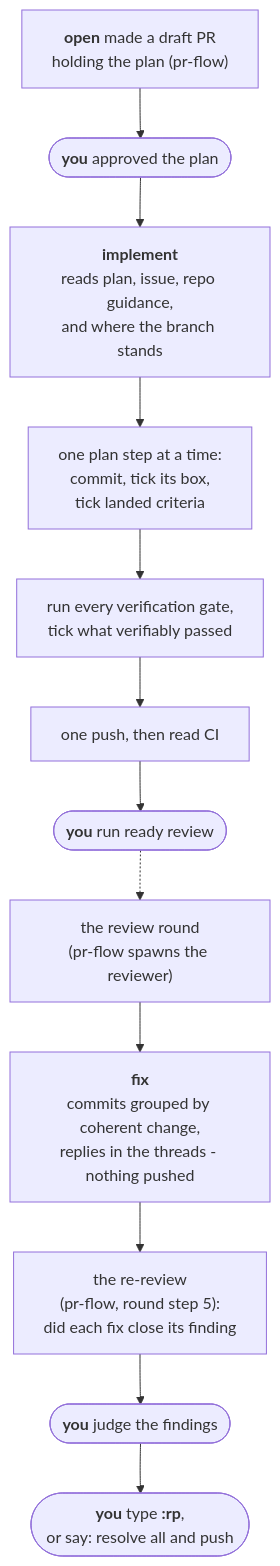
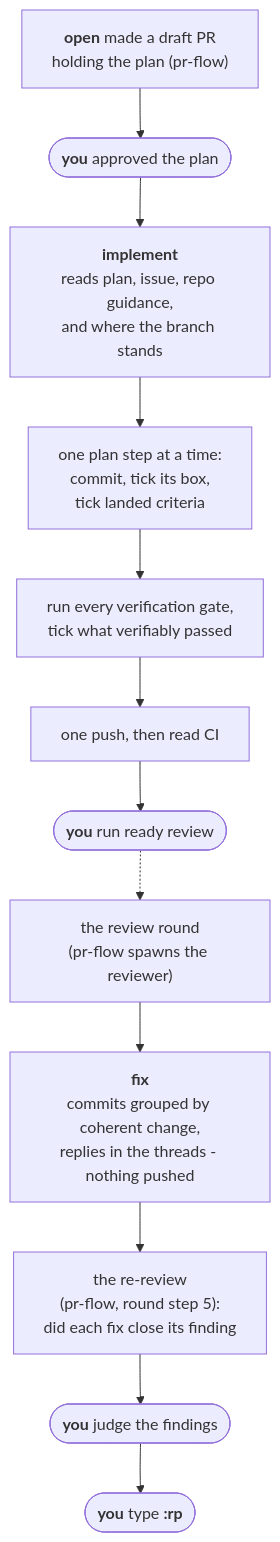
The diagram in plugins/gh-solo/skills/implement/README.md (izkreny/agentifico), drawn with Mermaid before and after one commit. The commit also changed other lines of this file and 2 other files, not shown here.

````diff
--- a/plugins/gh-solo/skills/implement/README.md
+++ b/plugins/gh-solo/skills/implement/README.md
@@ -22,14 +22,14 @@
 ```mermaid
 flowchart TD
     A["<b>open</b> made a draft PR<br/>holding the plan (pr-flow)"] --> STOP(["<b>you</b> approved the plan"])
     STOP --> B["<b>implement</b><br/>reads plan, issue, repo guidance,<br/>and where the branch stands"]
     B --> C["one plan step at a time:<br/>commit, tick its box,<br/>tick landed criteria"]
     C --> D["run every verification gate,<br/>tick what verifiably passed"]
     D --> E["one push, then read CI"]
     E --> F(["<b>you</b> run ready review"])
     F -.-> G["the review round<br/>(pr-flow spawns the reviewer)"]
     G --> I["<b>fix</b><br/>commits grouped by coherent change,<br/>replies in the threads - nothing pushed"]
     I --> RR["the re-review<br/>(pr-flow, round step 5):<br/>did each fix close its finding"]
     RR --> H(["<b>you</b> judge the findings"])
-    H --> J(["<b>you</b> type <b>:rp</b>,<br/>or say: resolve all and push"])
+    H --> J(["<b>you</b> type <b>:rp</b>"])
 ```
````
